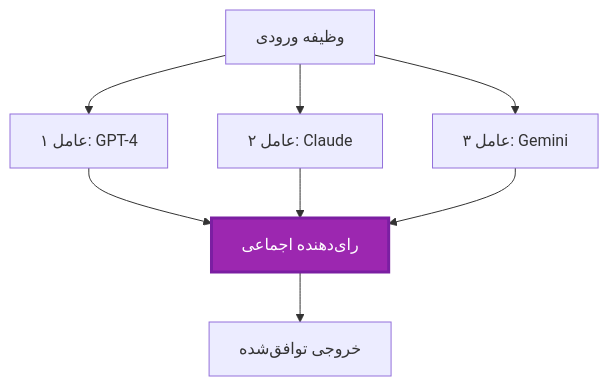
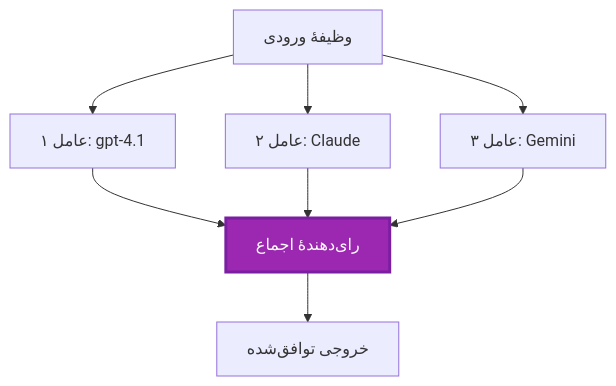
Before and after one commit to microsoft/AZD-for-beginners: the fifth of 6 diagrams in translations/fa/docs/chapter-06-pre-deployment/coordination-patterns.md, drawn with Mermaid. The commit also changed other lines of this file and 101 other files, not shown here.

````diff
--- a/translations/fa/docs/chapter-06-pre-deployment/coordination-patterns.md
+++ b/translations/fa/docs/chapter-06-pre-deployment/coordination-patterns.md
@@ -231,19 +225,19 @@
 ```mermaid
 graph TB
-    Input[وظیفه ورودی]
-    Agent1[عامل ۱: GPT-4]
+    Input[وظیفهٔ ورودی]
+    Agent1[عامل ۱: gpt-4.1]
     Agent2[عامل ۲: Claude]
     Agent3[عامل ۳: Gemini]
-    Voter[رای‌دهنده اجماعی]
+    Voter[رای‌دهندهٔ اجماع]
     Output[خروجی توافق‌شده]
     
     Input --> Agent1
     Input --> Agent2
     Input --> Agent3
     Agent1 --> Voter
     Agent2 --> Voter
     Agent3 --> Voter
     Voter --> Output
     
     style Voter fill:#9C27B0,stroke:#7B1FA2,stroke-width:3px,color:#fff
 ```
````
